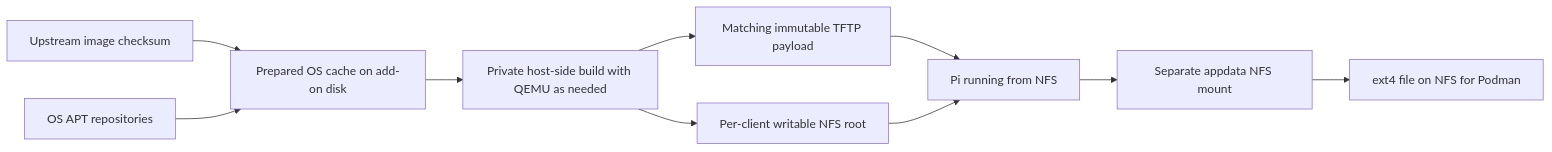
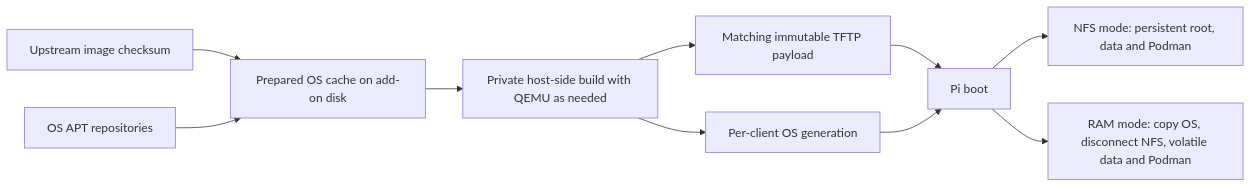
One commit to clammet/ha-pxe-fleet changed the diagram in README.md. Above: the diagram before and after it, drawn with Mermaid. The commit also changed other lines of this file and 23 other files, not shown here.

First line of the commit message:
Reintroduce RAM-only optional mode

````diff
--- a/README.md
+++ b/README.md
@@ -23,12 +30,12 @@
 ```mermaid
 flowchart LR
     Upstream[Upstream image checksum] --> Cache[Prepared OS cache on add-on disk]
     Apt[OS APT repositories] --> Cache
     Cache --> Build[Private host-side build with QEMU as needed]
     Build --> Boot[Matching immutable TFTP payload]
-    Build --> Root[Per-client writable NFS root]
-    Boot --> Pi[Pi running from NFS]
+    Build --> Root[Per-client OS generation]
+    Boot --> Pi[Pi boot]
     Root --> Pi
-    Pi --> Data[Separate appdata NFS mount]
-    Data --> Disk[ext4 file on NFS for Podman]
+    Pi --> NFS[NFS mode: persistent root, data and Podman]
+    Pi --> RAM[RAM mode: copy OS, disconnect NFS, volatile data and Podman]
 ```
````
